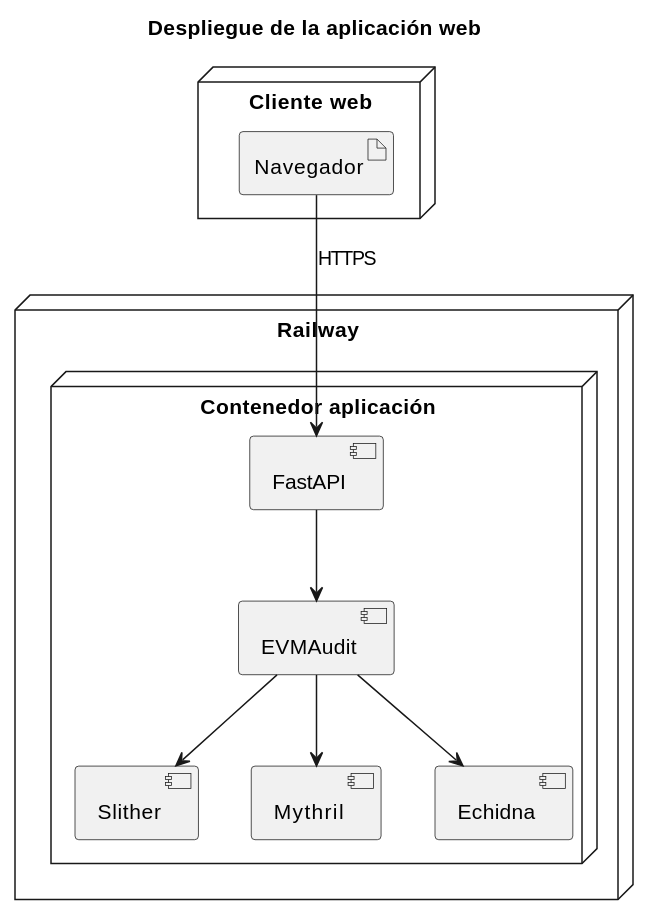
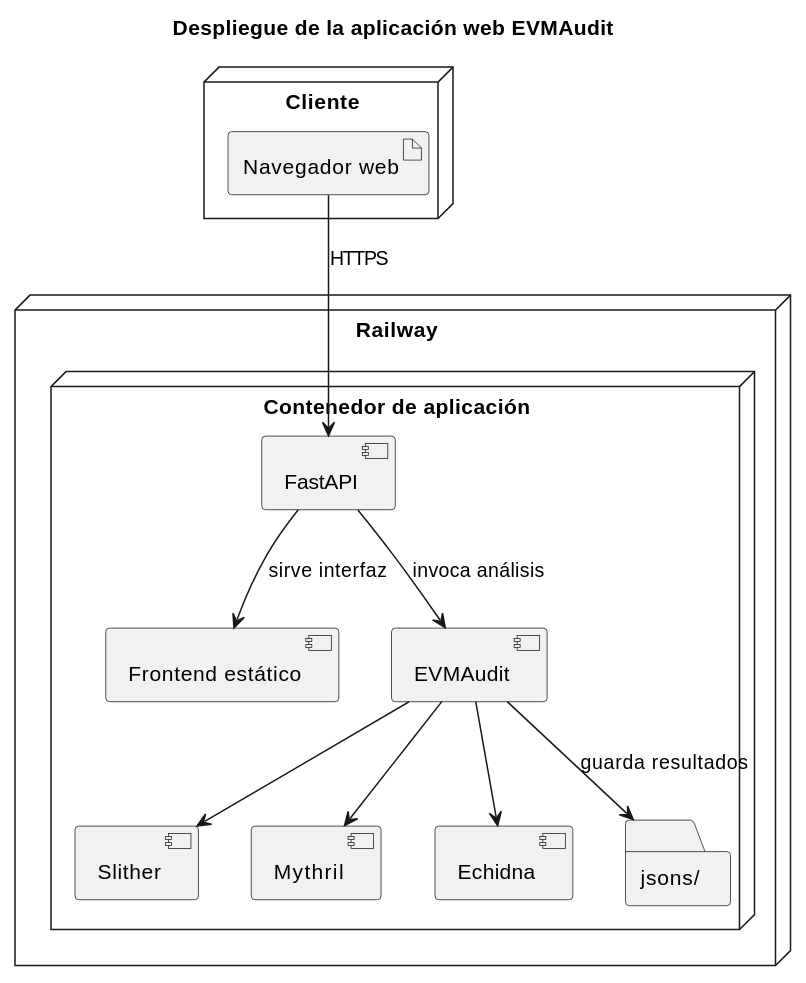
One commit to pardalaco/TFM-UNIR changed diagram 11 of 11 in docs-TFM-UNIR/Entrega/Diagramas/Diagramas.md. Above: the diagram before and after it, drawn with PlantUML. The commit also changed other lines of this file, not shown here.

Commit message:
Diagramas mejorados

````diff
--- a/docs-TFM-UNIR/Entrega/Diagramas/Diagramas.md
+++ b/docs-TFM-UNIR/Entrega/Diagramas/Diagramas.md
@@ -370,26 +569,32 @@
 ```plantuml
 @startuml
-title Despliegue de la aplicación web
+title Despliegue de la aplicación web EVMAudit
 
-node "Cliente web" {
-  artifact "Navegador" as Browser
+skinparam shadowing false
+
+node "Cliente" {
+  artifact "Navegador web" as Browser
 }
 
 node "Railway" {
-  node "Contenedor aplicación" {
+  node "Contenedor de aplicación" {
     component "FastAPI" as FastAPI
+    component "Frontend estático" as Static
     component "EVMAudit" as EVMAudit
     component "Slither" as Slither
     component "Mythril" as Mythril
     component "Echidna" as Echidna
+    folder "jsons/" as Jsons
   }
 }
 
 Browser --> FastAPI : HTTPS
-FastAPI --> EVMAudit
+FastAPI --> Static : sirve interfaz
+FastAPI --> EVMAudit : invoca análisis
 EVMAudit --> Slither
 EVMAudit --> Mythril
 EVMAudit --> Echidna
+EVMAudit --> Jsons : guarda resultados
 
 @enduml
 ```
````
